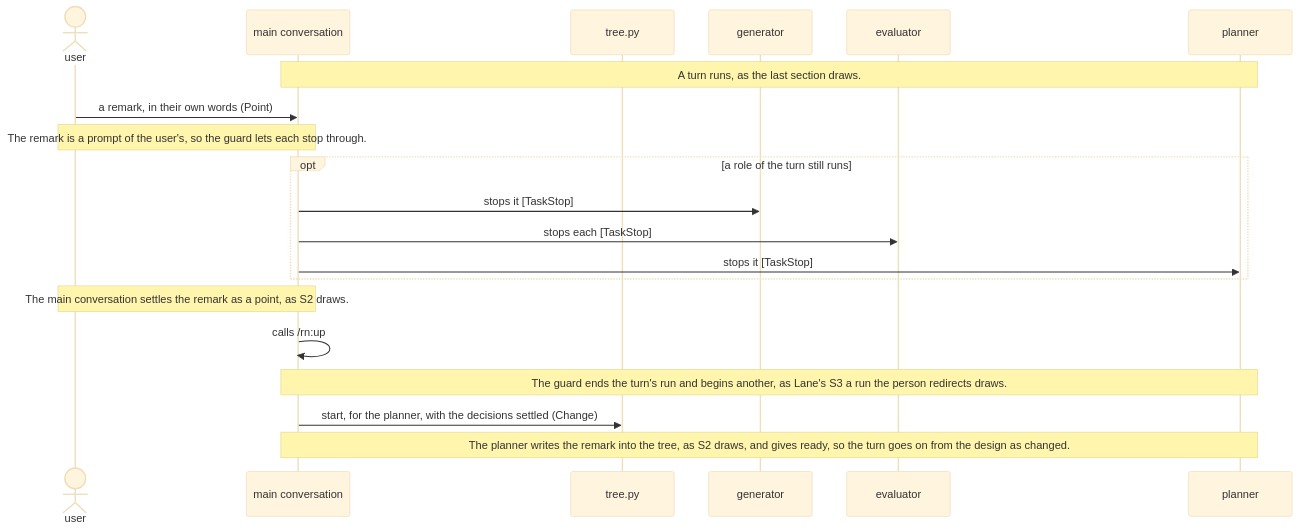
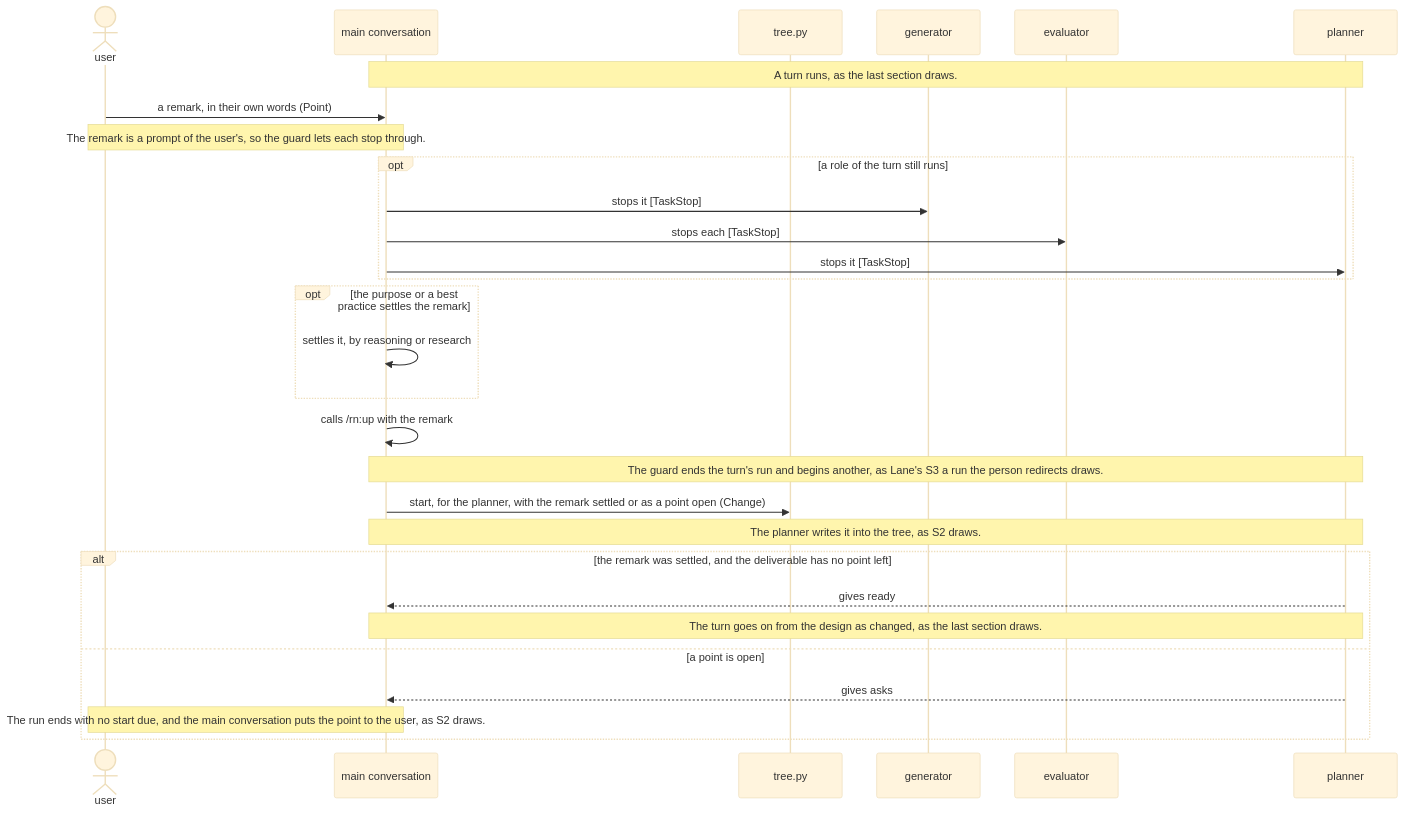
One commit to lovaizu/ccpm changed the fourth of 6 diagrams in dev/rn/architecture.md. Above: the diagram before and after it, drawn with Mermaid (base theme). The commit also changed other lines of this file and 1 other file, not shown here.

````diff
--- a/dev/rn/architecture.md
+++ b/dev/rn/architecture.md
@@ -507,22 +509,31 @@
 ```mermaid
 sequenceDiagram
   actor U as user
   participant M as main conversation
   participant T as tree.py
   participant G as generator
   participant E as evaluator
   participant P as planner
   Note over M,P: A turn runs, as the last section draws.
   U->>M: a remark, in their own words (Point)
   Note over U,M: The remark is a prompt of the user's, so the guard lets each stop through.
   opt a role of the turn still runs
     M->>G: stops it [TaskStop]
     M->>E: stops each [TaskStop]
     M->>P: stops it [TaskStop]
   end
-  Note over U,M: The main conversation settles the remark as a point, as S2 draws.
-  M->>M: calls /rn:up
+  opt the purpose or a best practice settles the remark
+    M->>M: settles it, by reasoning or research
+  end
+  M->>M: calls /rn:up with the remark
   Note over M,P: The guard ends the turn's run and begins another, as Lane's S3 a run the person redirects draws.
-  M->>T: start, for the planner, with the decisions settled (Change)
-  Note over M,P: The planner writes the remark into the tree, as S2 draws, and gives ready, so the turn goes on from the design as changed.
+  M->>T: start, for the planner, with the remark settled or as a point open (Change)
+  Note over M,P: The planner writes it into the tree, as S2 draws.
+  alt the remark was settled, and the deliverable has no point left
+    P-->>M: gives ready
+    Note over M,P: The turn goes on from the design as changed, as the last section draws.
+  else a point is open
+    P-->>M: gives asks
+    Note over U,M: The run ends with no start due, and the main conversation puts the point to the user, as S2 draws.
+  end
 ```
````
